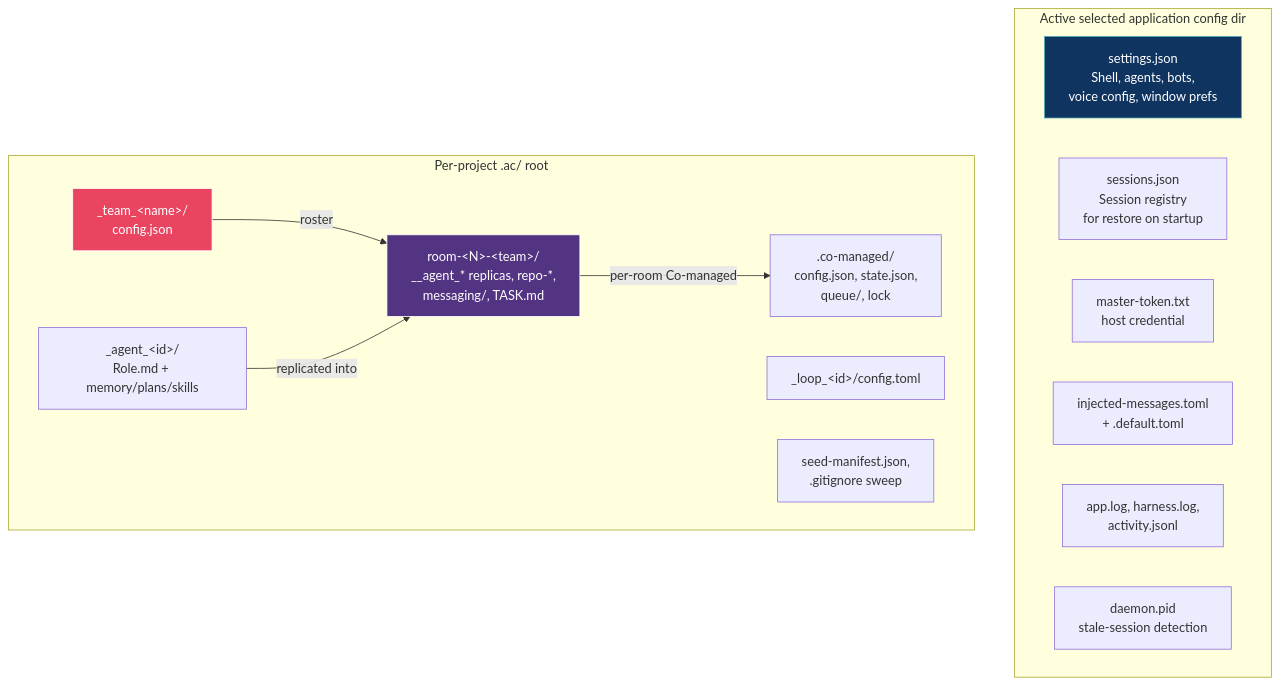
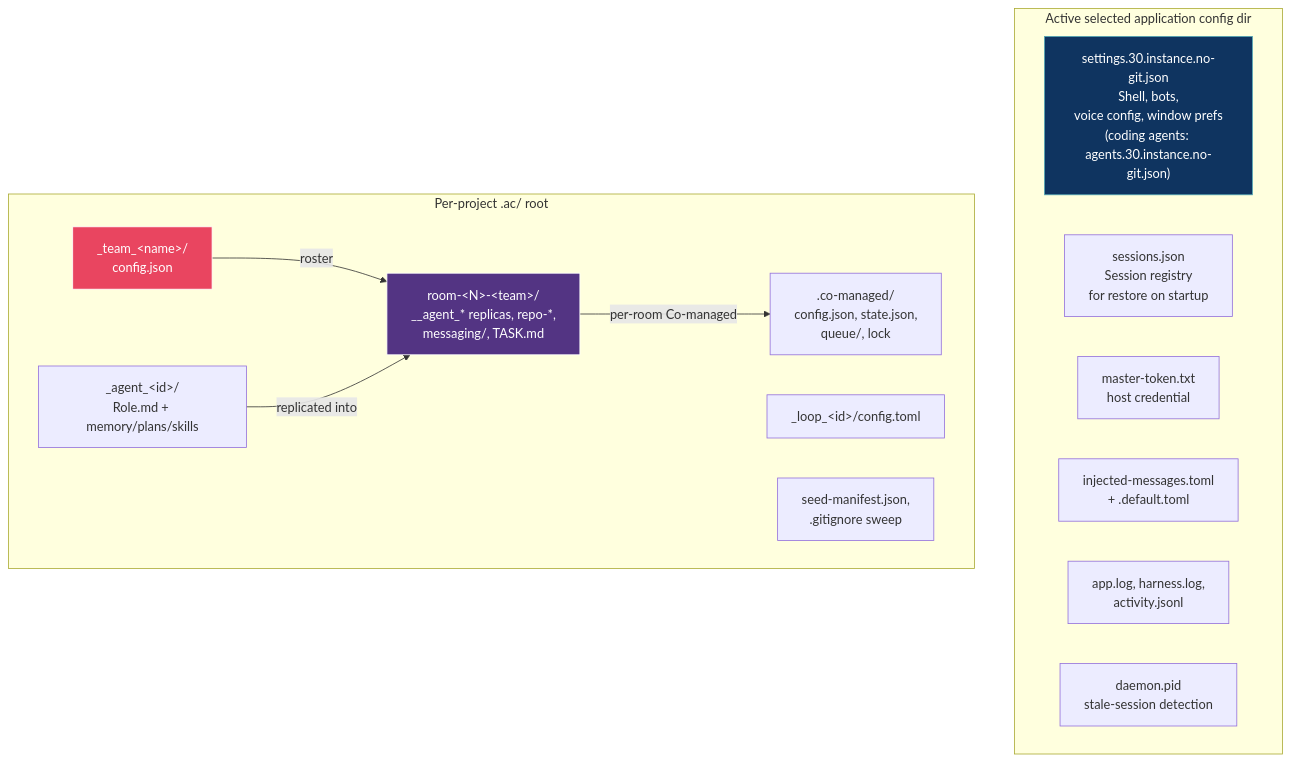
Diagram 13 of 14 in docs/reference/architecture.md (mblua/AgentsCommander), drawn with Mermaid before and after one commit. The commit also changed 43 other files, not shown here.

````diff
--- a/docs/reference/architecture.md
+++ b/docs/reference/architecture.md
@@ -693,28 +693,28 @@
 ```mermaid
 graph TD
     subgraph "Active selected application config dir"
-        SETTINGS["settings.json<br/>Shell, agents, bots,<br/>voice config, window prefs"]
+        SETTINGS["settings.30.instance.no-git.json<br/>Shell, bots,<br/>voice config, window prefs<br/>(coding agents: agents.30.instance.no-git.json)"]
         SESSIONS["sessions.json<br/>Session registry<br/>for restore on startup"]
         MASTER["master-token.txt<br/>host credential"]
         INJECTED["injected-messages.toml<br/>+ .default.toml"]
         LOG["app.log, harness.log,<br/>activity.jsonl"]
         DAEMON["daemon.pid<br/>stale-session detection"]
     end
 
     subgraph "Per-project .ac/ root"
         AGENTS["_agent_&lt;id&gt;/<br/>Role.md + memory/plans/skills"]
         TEAMS["_team_&lt;name&gt;/<br/>config.json"]
         WGS["room-&lt;N&gt;-&lt;team&gt;/<br/>__agent_* replicas, repo-*,<br/>messaging/, TASK.md"]
         CM[".co-managed/<br/>config.json, state.json,<br/>queue/, lock"]
         LOOPS["_loop_&lt;id&gt;/config.toml"]
         SEED["seed-manifest.json,<br/>.gitignore sweep"]
     end
 
     TEAMS -->|"roster"| WGS
     AGENTS -->|"replicated into"| WGS
     WGS -->|"per-room Co-managed"| CM
 
     style SETTINGS fill:#0f3460,stroke:#53a8b6,color:#fff
     style TEAMS fill:#e94560,stroke:#fff,color:#fff
     style WGS fill:#533483,stroke:#fff,color:#fff
 ```
````
